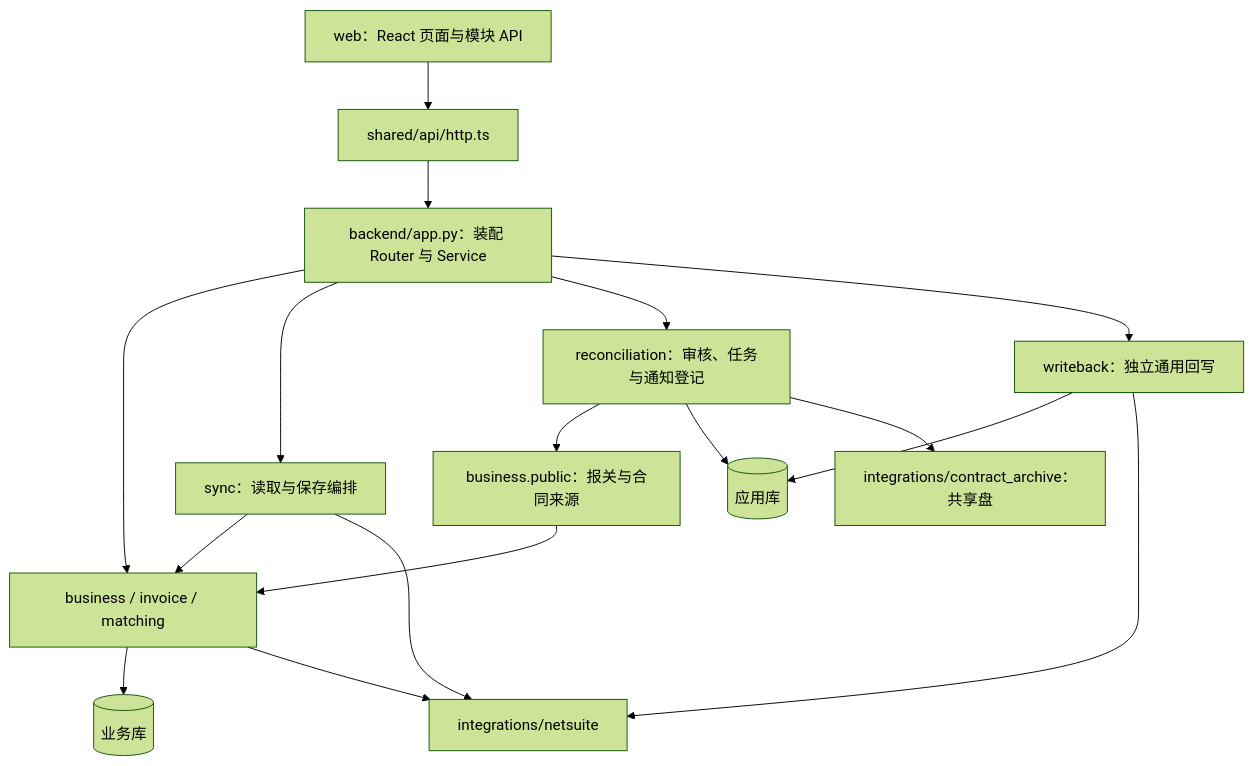
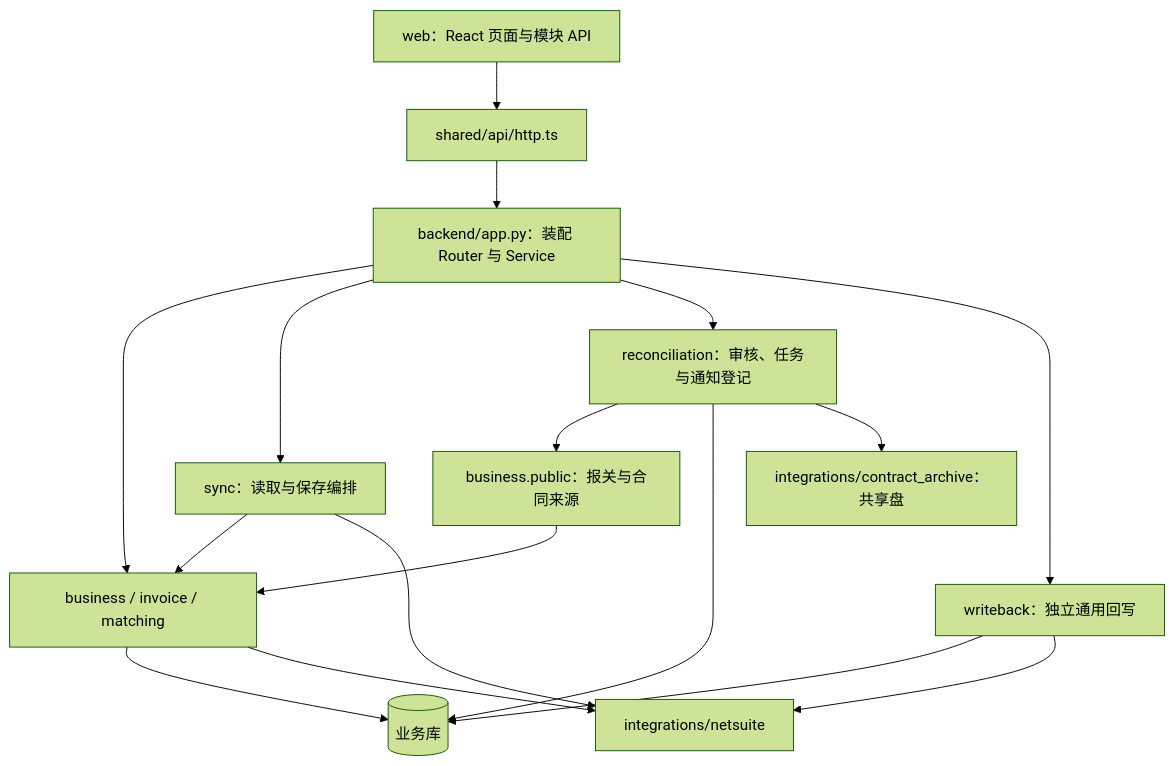
Before and after one commit to chen151393-pixel/financial-Invoice-system: the diagram in docs/project-structure.md, drawn with Mermaid (forest theme). The commit also changed other lines of this file and 56 other files, not shown here.

````diff
--- a/docs/project-structure.md
+++ b/docs/project-structure.md
@@ -9,19 +9,19 @@
 ```mermaid
 flowchart TB
     UI["web：React 页面与模块 API"] --> HTTP["shared/api/http.ts"]
     HTTP --> API["backend/app.py：装配 Router 与 Service"]
     API --> SOURCE["business / invoice / matching"]
     API --> SYNC["sync：读取与保存编排"]
     API --> REVIEW["reconciliation：审核、任务与通知登记"]
     API --> WRITE["writeback：独立通用回写"]
     SYNC --> SOURCE
     REVIEW --> PUBLIC["business.public：报关与合同来源"]
     PUBLIC --> SOURCE
     SOURCE --> BDB[(业务库)]
-    REVIEW --> ADB[(应用库)]
-    WRITE --> ADB
+    REVIEW --> BDB
+    WRITE --> BDB
     SOURCE --> NS["integrations/netsuite"]
     SYNC --> NS
     WRITE --> NS
     REVIEW --> ARCHIVE["integrations/contract_archive：共享盘"]
 ```
````
